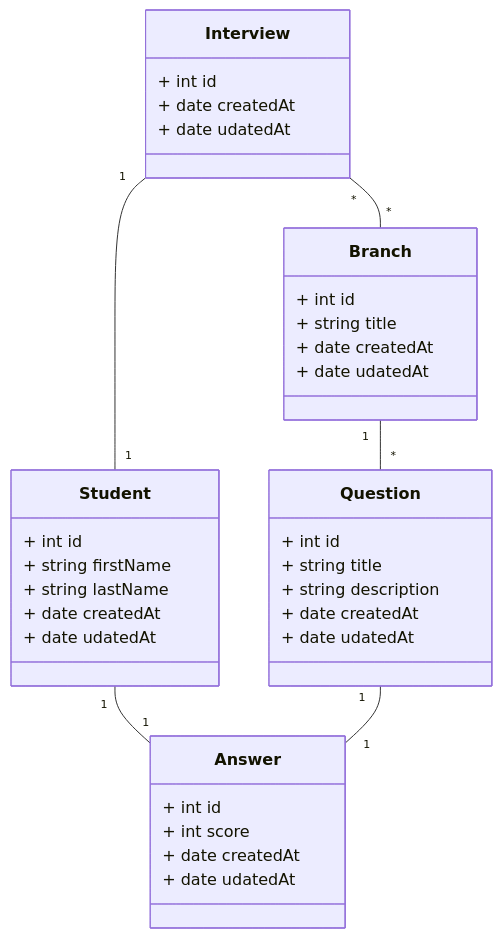
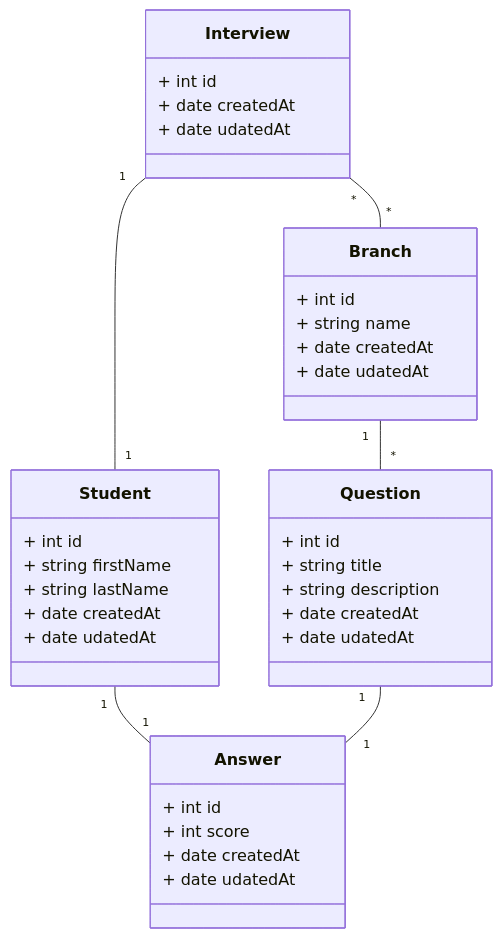
Before and after one commit to Suirita/14.UI_UX: the diagram in Diagramme_de_class/Diagramme_de_class.mmd, drawn with Mermaid. The commit also changed 9 other files, not shown here.

```diff
--- a/Diagramme_de_class/Diagramme_de_class.mmd
+++ b/Diagramme_de_class/Diagramme_de_class.mmd
@@ -1,41 +1,41 @@
 classDiagram
   class Interview{
     + int id
     + date createdAt
     + date udatedAt
   }
 
   class Branch {
     + int id
-    + string title
+    + string name
     + date createdAt
     + date udatedAt
   }
 
   class Question {
     + int id
     + string title
     + string description
     + date createdAt
     + date udatedAt
   }
 
   class Student {
     + int id
     + string firstName
     + string lastName
     + date createdAt
     + date udatedAt
   }
 
   class Answer {
     + int id
     + int score
     + date createdAt
     + date udatedAt
   }
   Interview "1" -- "1" Student
   Student "1" -- "1" Answer
   Interview "*" -- "*" Branch
   Branch "1" -- "*" Question
   Question "1" -- "1" Answer
```
